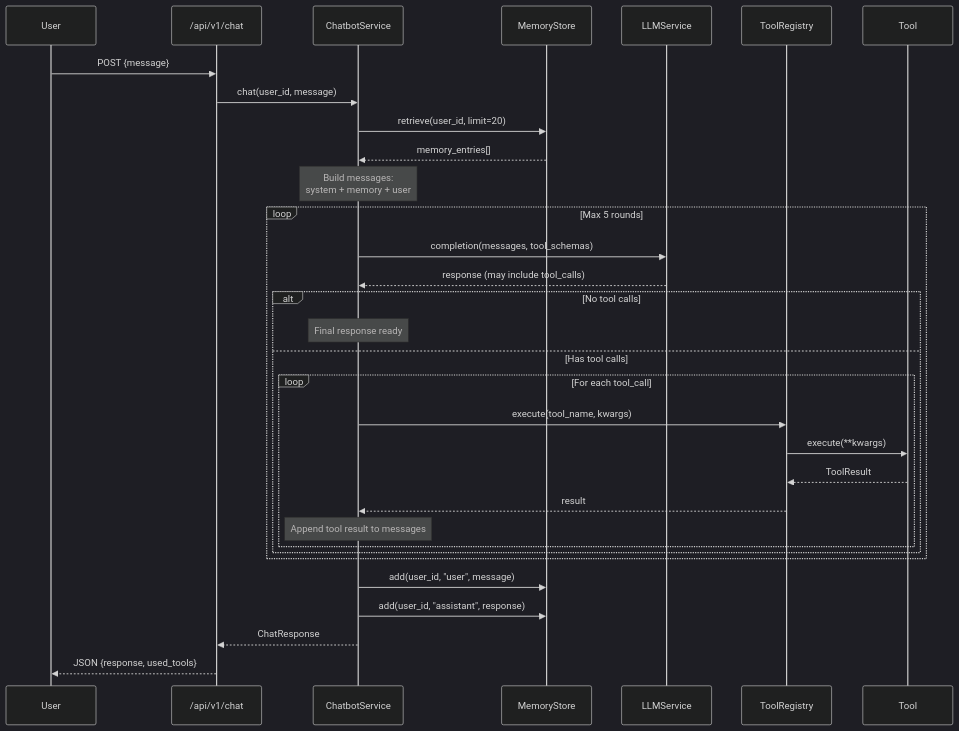
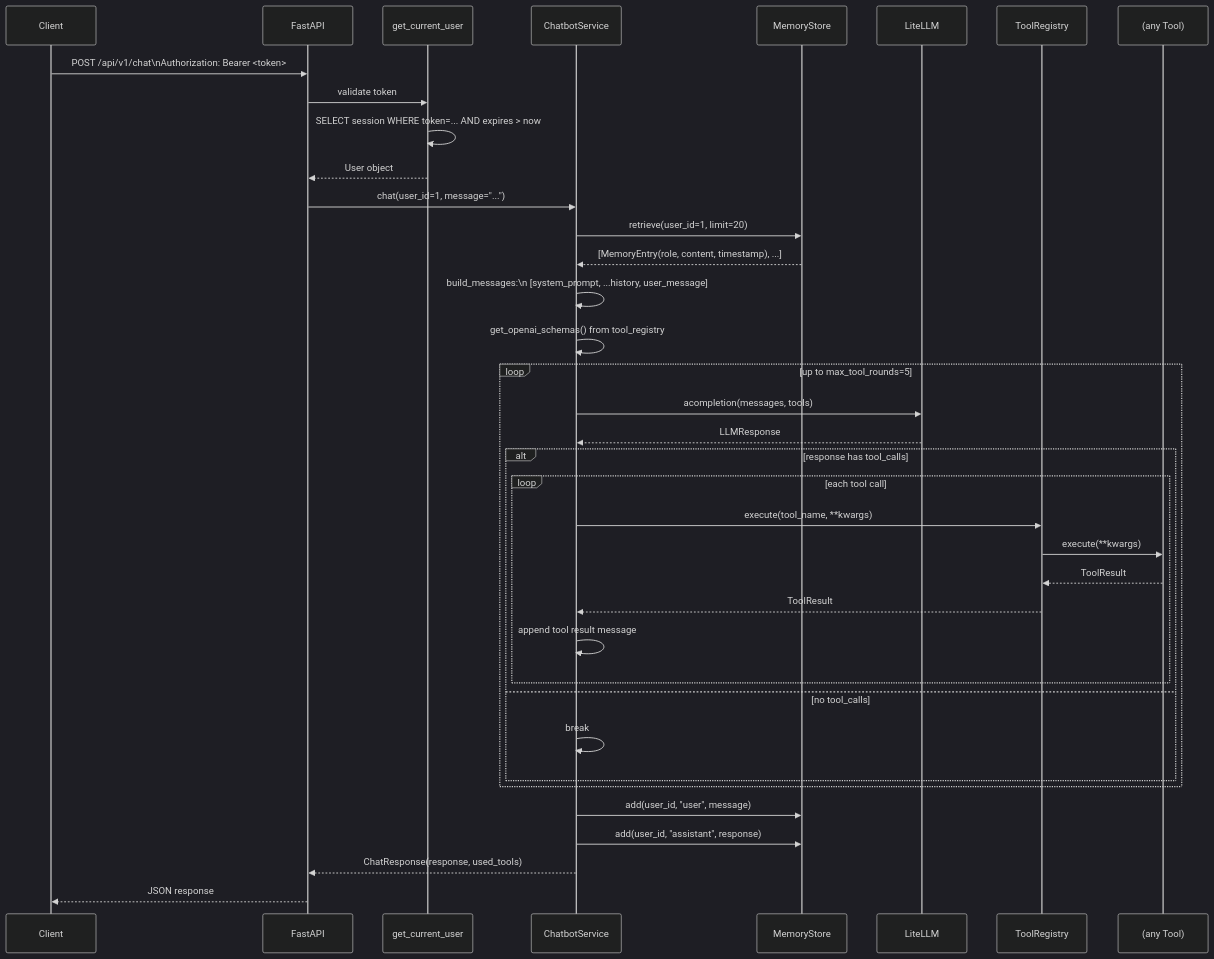
One commit to terra-AI4Good/terra-backend changed the third of 9 diagrams in docs/architecture.md. Above: the diagram before and after it, drawn with Mermaid (dark theme). The commit also changed other lines of this file and 7 other files, not shown here.

````diff
--- a/docs/architecture.md
+++ b/docs/architecture.md
@@ -125,40 +124,42 @@
 ```mermaid
 sequenceDiagram
-    participant U as User
-    participant EP as /api/v1/chat
-    participant CS as ChatbotService
-    participant MS as MemoryStore
-    participant LLM as LLMService
+    participant C as Client
+    participant FastAPI
+    participant Deps as get_current_user
+    participant ChatSvc as ChatbotService
+    participant Mem as MemoryStore
+    participant LLM as LiteLLM
     participant TR as ToolRegistry
-    participant T as Tool
+    participant Tool as (any Tool)
 
-    U->>EP: POST {message}
-    EP->>CS: chat(user_id, message)
+    C->>FastAPI: POST /api/v1/chat\nAuthorization: Bearer <token>
+    FastAPI->>Deps: validate token
+    Deps->>Deps: SELECT session WHERE token=... AND expires > now
+    Deps-->>FastAPI: User object
+    FastAPI->>ChatSvc: chat(user_id=1, message="...")
+    ChatSvc->>Mem: retrieve(user_id=1, limit=20)
+    Mem-->>ChatSvc: [MemoryEntry(role, content, timestamp), ...]
+    ChatSvc->>ChatSvc: build_messages:\n  [system_prompt, ...history, user_message]
+    ChatSvc->>ChatSvc: get_openai_schemas() from tool_registry
 
-    CS->>MS: retrieve(user_id, limit=20)
-    MS-->>CS: memory_entries[]
-
-    Note over CS: Build messages:<br/>system + memory + user
-
-    loop Max 5 rounds
-        CS->>LLM: completion(messages, tool_schemas)
-        LLM-->>CS: response (may include tool_calls)
-
-        alt No tool calls
-            Note over CS: Final response ready
-        else Has tool calls
-            loop For each tool_call
-                CS->>TR: execute(tool_name, kwargs)
-                TR->>T: execute(**kwargs)
-                T-->>TR: ToolResult
-                TR-->>CS: result
-                Note over CS: Append tool result to messages
+    loop up to max_tool_rounds=5
+        ChatSvc->>LLM: acompletion(messages, tools)
+        LLM-->>ChatSvc: LLMResponse
+        alt response has tool_calls
+            loop each tool call
+                ChatSvc->>TR: execute(tool_name, **kwargs)
+                TR->>Tool: execute(**kwargs)
+                Tool-->>TR: ToolResult
+                TR-->>ChatSvc: ToolResult
+                ChatSvc->>ChatSvc: append tool result message
             end
+        else no tool_calls
+            ChatSvc->>ChatSvc: break
         end
     end
 
-    CS->>MS: add(user_id, "user", message)
-    CS->>MS: add(user_id, "assistant", response)
-    CS-->>EP: ChatResponse
-    EP-->>U: JSON {response, used_tools}
+    ChatSvc->>Mem: add(user_id, "user", message)
+    ChatSvc->>Mem: add(user_id, "assistant", response)
+    ChatSvc-->>FastAPI: ChatResponse(response, used_tools)
+    FastAPI-->>C: JSON response
 ```
````
